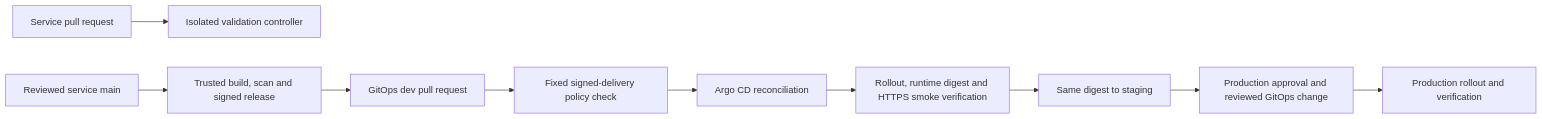
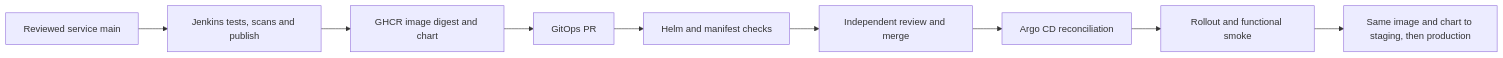
The diagram in docs/architecture.md (subhankar12-spec/boutique-platform), drawn with Mermaid before and after one commit. The commit also changed other lines of this file and 23 other files, not shown here.

````diff
--- a/docs/architecture.md
+++ b/docs/architecture.md
@@ -26,12 +26,11 @@
 ```mermaid
 flowchart LR
-  PR[Service pull request] --> Validation[Isolated validation controller]
-  Main[Reviewed service main] --> Release[Trusted build, scan and signed release]
-  Release --> DevPR[GitOps dev pull request]
-  DevPR --> Policy[Fixed signed-delivery policy check]
-  Policy --> Argo[Argo CD reconciliation]
-  Argo --> Verify[Rollout, runtime digest and HTTPS smoke verification]
-  Verify --> Staging[Same digest to staging]
-  Staging --> Approval[Production approval and reviewed GitOps change]
-  Approval --> Production[Production rollout and verification]
+  Main[Reviewed service main] --> Build[Jenkins tests, scans and publish]
+  Build --> Registry[GHCR image digest and chart]
+  Registry --> PR[GitOps PR]
+  PR --> Checks[Helm and manifest checks]
+  Checks --> Review[Independent review and merge]
+  Review --> Argo[Argo CD reconciliation]
+  Argo --> Smoke[Rollout and functional smoke]
+  Smoke --> Promotion[Same image and chart to staging, then production]
 ```
````
